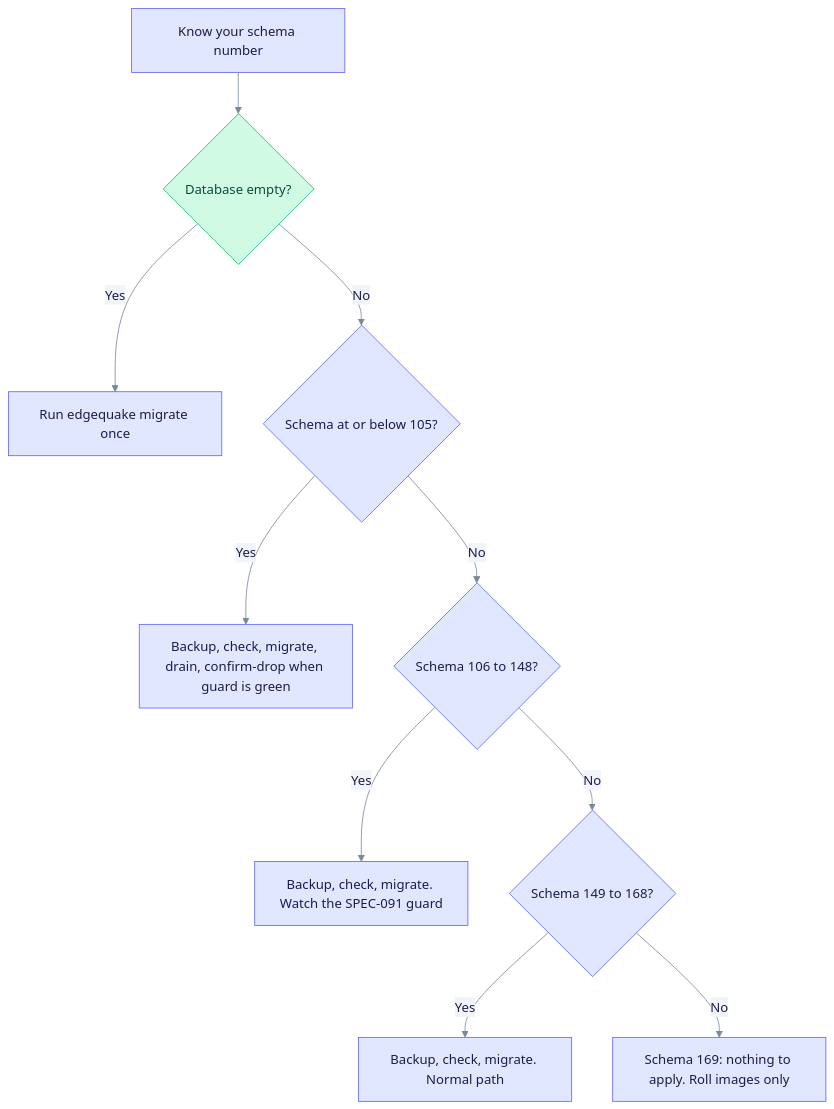
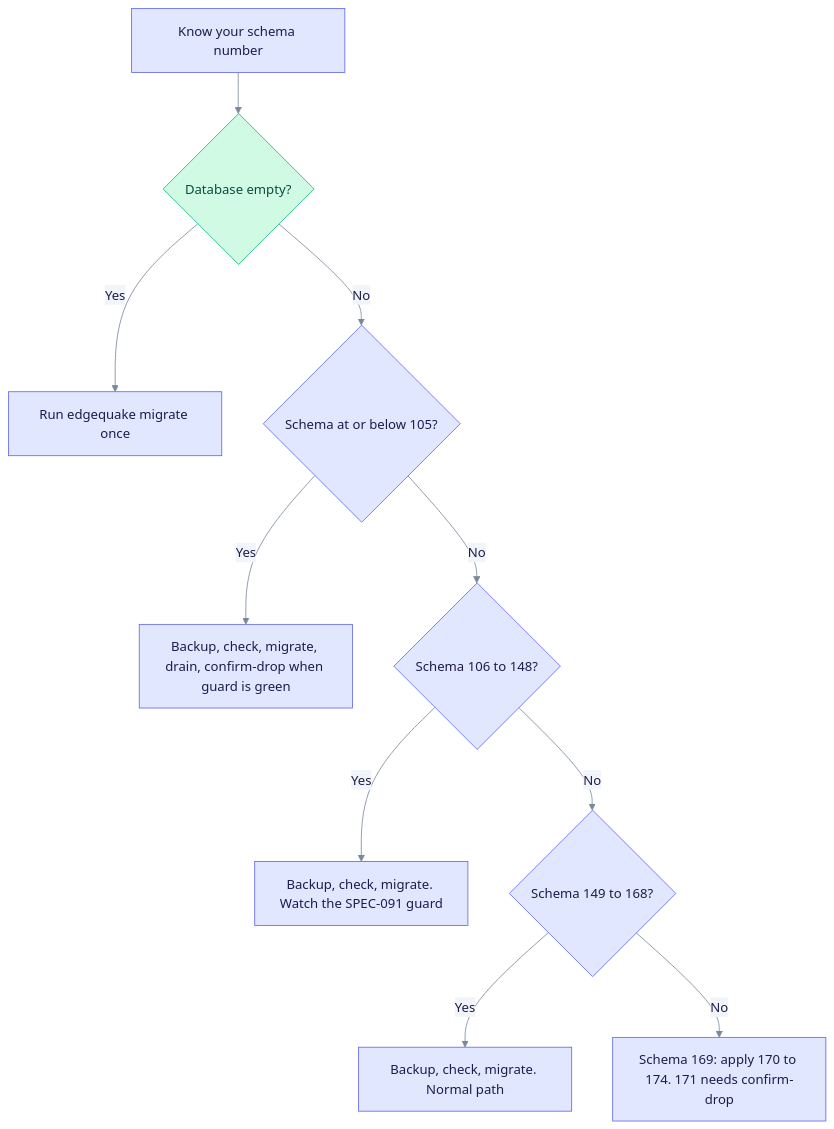
Before and after one commit to YatchiYa/edgequake: the first of 3 diagrams in docs/operations/upgrading.md, drawn with Mermaid. The commit also changed other lines of this file and 2 other files, not shown here.

First line of the commit message:
Advertise schema train 174 in the operator docs.

````diff
--- a/docs/operations/upgrading.md
+++ b/docs/operations/upgrading.md
@@ -24,17 +24,17 @@
 ```mermaid
 %%{init: {"theme":"base","themeVariables":{"primaryColor":"#E0E7FF","primaryBorderColor":"#6366F1","primaryTextColor":"#1E1B4B","secondaryColor":"#D1FAE5","secondaryBorderColor":"#10B981","secondaryTextColor":"#064E3B","tertiaryColor":"#FEF3C7","tertiaryBorderColor":"#F59E0B","tertiaryTextColor":"#6B7A90","lineColor":"#7A889C","clusterBkg":"rgba(99,102,241,0.07)","clusterBorder":"#A5B4FC","noteBkgColor":"#FEF9C3","noteTextColor":"#422006","textColor":"#6B7A90","titleColor":"#6B7A90","signalColor":"#7A889C","signalTextColor":"#6B7A90","loopTextColor":"#6B7A90","edgeLabelBackground":"#F1F5F9","actorLineColor":"#94A3B8"}}}%%
 %% eq-theme:v1
 flowchart TD
   A["Know your schema number"] --> B{"Database empty?"}
   B -->|Yes| C["Run edgequake migrate once"]
   B -->|No| D{"Schema at or below 105?"}
   D -->|Yes| E["Backup, check, migrate, drain, confirm-drop when guard is green"]
   D -->|No| F{"Schema 106 to 148?"}
   F -->|Yes| G["Backup, check, migrate. Watch the SPEC-091 guard"]
   F -->|No| H{"Schema 149 to 168?"}
   H -->|Yes| I["Backup, check, migrate. Normal path"]
-  H -->|No| J["Schema 169: nothing to apply. Roll images only"]
+  H -->|No| J["Schema 169: apply 170 to 174. 171 needs confirm-drop"]
 %% eq-classes
 classDef eqStore fill:#D1FAE5,stroke:#10B981,color:#064E3B
 class B eqStore
 ```
````
